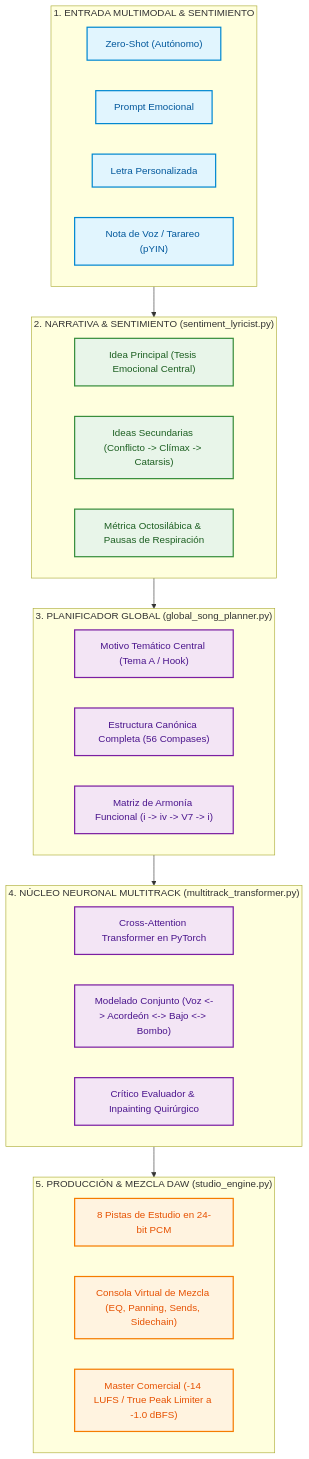
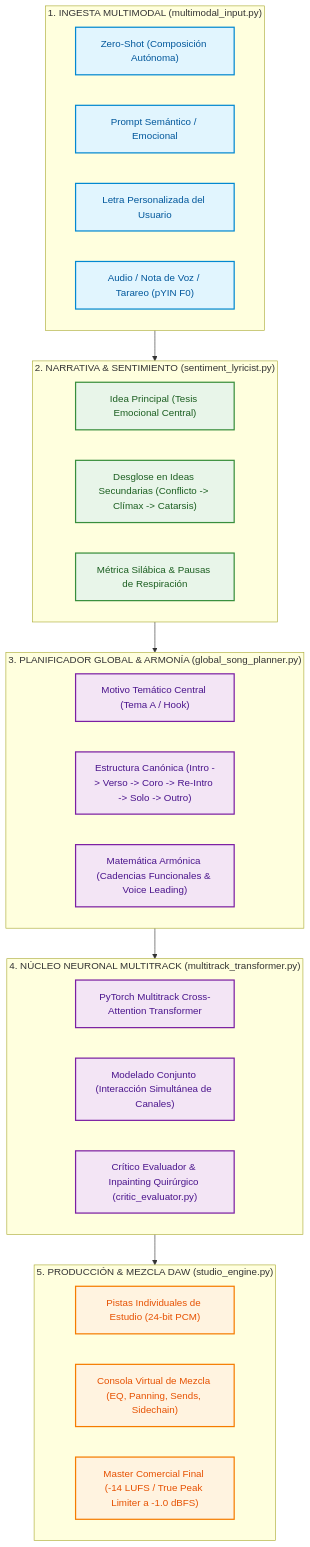
Before and after one commit to emilianorlando-collab/song_ai_composer: the diagram in README.md, drawn with Mermaid. The commit also changed other lines of this file, not shown here.

Commit message:
docs: restructure README to emphasize universal architecture, system anatomy, and case-study context

````diff
--- a/README.md
+++ b/README.md
@@ -22,43 +15,43 @@
 ```mermaid
 flowchart TD
     classDef inputStyle fill:#e1f5fe,stroke:#0288d1,stroke-width:2px,color:#01579b;
+    classDef repStyle fill:#e8f5e9,stroke:#388e3c,stroke-width:2px,color:#1b5e20;
     classDef layerStyle fill:#f3e5f5,stroke:#7b1fa2,stroke-width:2px,color:#4a148c;
-    classDef repStyle fill:#e8f5e9,stroke:#388e3c,stroke-width:2px,color:#1b5e20;
     classDef prodStyle fill:#fff3e0,stroke:#f57c00,stroke-width:2px,color:#e65100;
 
-    subgraph Inputs["1. ENTRADA MULTIMODAL & SENTIMIENTO"]
-        InZero["Zero-Shot (Autónomo)"]:::inputStyle
-        InPrompt["Prompt Emocional"]:::inputStyle
-        InLyrics["Letra Personalizada"]:::inputStyle
-        InAudio["Nota de Voz / Tarareo (pYIN)"]:::inputStyle
+    subgraph Inputs["1. INGESTA MULTIMODAL (multimodal_input.py)"]
+        InZero["Zero-Shot (Composición Autónoma)"]:::inputStyle
+        InPrompt["Prompt Semántico / Emocional"]:::inputStyle
+        InLyrics["Letra Personalizada del Usuario"]:::inputStyle
+        InAudio["Audio / Nota de Voz / Tarareo (pYIN F0)"]:::inputStyle
     end
 
     subgraph Narrative["2. NARRATIVA & SENTIMIENTO (sentiment_lyricist.py)"]
         CoreIdea["Idea Principal (Tesis Emocional Central)"]:::repStyle
-        SecIdeas["Ideas Secundarias (Conflicto -> Clímax -> Catarsis)"]:::repStyle
-        PoeticMetric["Métrica Octosilábica & Pausas de Respiración"]:::repStyle
+        SecIdeas["Desglose en Ideas Secundarias (Conflicto -> Clímax -> Catarsis)"]:::repStyle
+        PoeticMetric["Métrica Silábica & Pausas de Respiración"]:::repStyle
     end
 
-    subgraph Macro["3. PLANIFICADOR GLOBAL (global_song_planner.py)"]
+    subgraph Macro["3. PLANIFICADOR GLOBAL & ARMONÍA (global_song_planner.py)"]
         MotifA["Motivo Temático Central (Tema A / Hook)"]:::layerStyle
-        CanonicalForm["Estructura Canónica Completa (56 Compases)"]:::layerStyle
-        HarmonicMath["Matriz de Armonía Funcional (i -> iv -> V7 -> i)"]:::layerStyle
+        CanonicalForm["Estructura Canónica (Intro -> Verso -> Coro -> Re-Intro -> Solo -> Outro)"]:::layerStyle
+        HarmonicMath["Matemática Armónica (Cadencias Funcionales & Voice Leading)"]:::layerStyle
     end
 
     subgraph NeuralCore["4. NÚCLEO NEURONAL MULTITRACK (multitrack_transformer.py)"]
-        MultiStream["Cross-Attention Transformer en PyTorch"]:::layerStyle
-        JointModel["Modelado Conjunto (Voz <-> Acordeón <-> Bajo <-> Bombo)"]:::layerStyle
-        CriticInpaint["Crítico Evaluador & Inpainting Quirúrgico"]:::layerStyle
+        MultiStream["PyTorch Multitrack Cross-Attention Transformer"]:::layerStyle
+        JointModel["Modelado Conjunto (Interacción Simultánea de Canales)"]:::layerStyle
+        CriticInpaint["Crítico Evaluador & Inpainting Quirúrgico (critic_evaluator.py)"]:::layerStyle
     end
 
     subgraph StudioEngine["5. PRODUCCIÓN & MEZCLA DAW (studio_engine.py)"]
-        Stems8["8 Pistas de Estudio en 24-bit PCM"]:::prodStyle
+        Stems8["Pistas Individuales de Estudio (24-bit PCM)"]:::prodStyle
         VirtualConsole["Consola Virtual de Mezcla (EQ, Panning, Sends, Sidechain)"]:::prodStyle
-        MasterOut["Master Comercial (-14 LUFS / True Peak Limiter a -1.0 dBFS)"]:::prodStyle
+        MasterOut["Master Comercial Final (-14 LUFS / True Peak Limiter a -1.0 dBFS)"]:::prodStyle
     end
 
     Inputs --> Narrative
     Narrative --> Macro
     Macro --> NeuralCore
     NeuralCore --> StudioEngine
 ```
````
